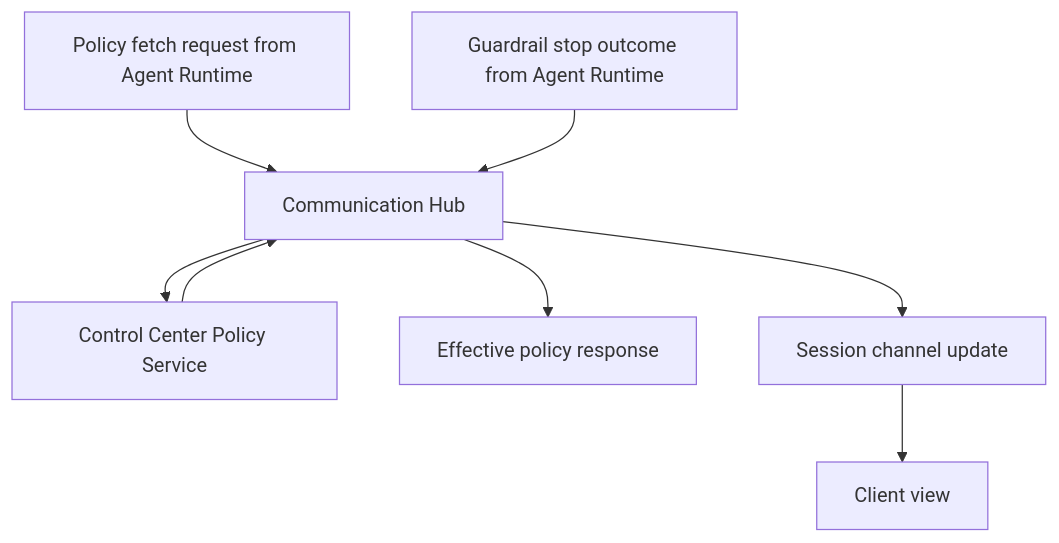
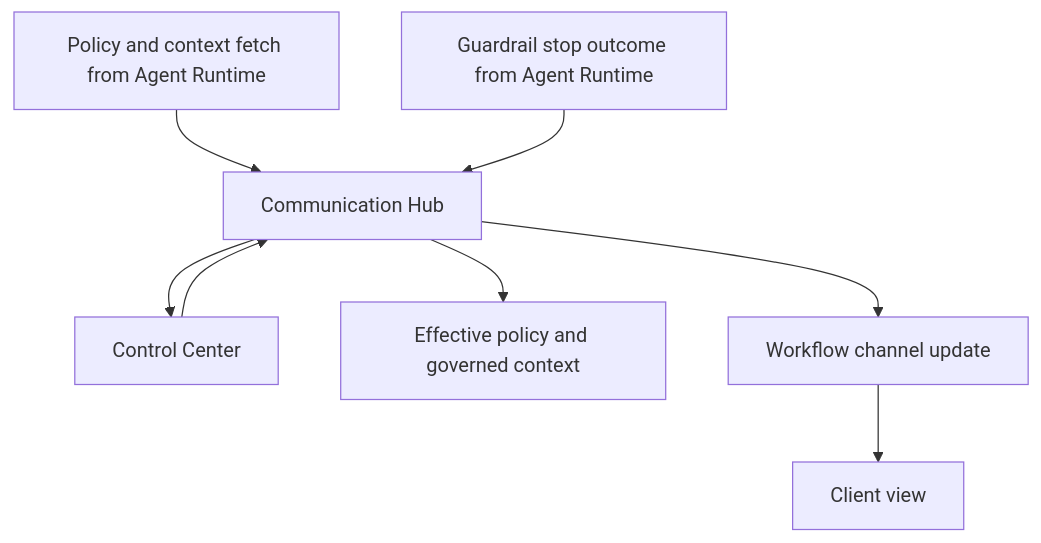
Before and after one commit to hurungang/parthenon: the second of 2 diagrams in docs/master/architecture/modules/communication-hub/architecture.md, drawn with Mermaid. The commit also changed other lines of this file and 39 other files, not shown here.

````diff
--- a/docs/master/architecture/modules/communication-hub/architecture.md
+++ b/docs/master/architecture/modules/communication-hub/architecture.md
@@ -22,18 +29,18 @@
 ```mermaid
 flowchart TB
-    P0[Policy fetch request from Agent Runtime]
+    P0[Policy and context fetch from Agent Runtime]
     CH[Communication Hub]
-    CC[Control Center Policy Service]
-    P1[Effective policy response]
+    CC[Control Center]
+    P1[Effective policy and governed context]
     S0[Guardrail stop outcome from Agent Runtime]
-    S1[Session channel update]
+    S1[Workflow channel update]
     UI[Client view]
 
     P0 --> CH
     CH --> CC
     CC --> CH
     CH --> P1
     S0 --> CH
     CH --> S1
     S1 --> UI
 ```
````
